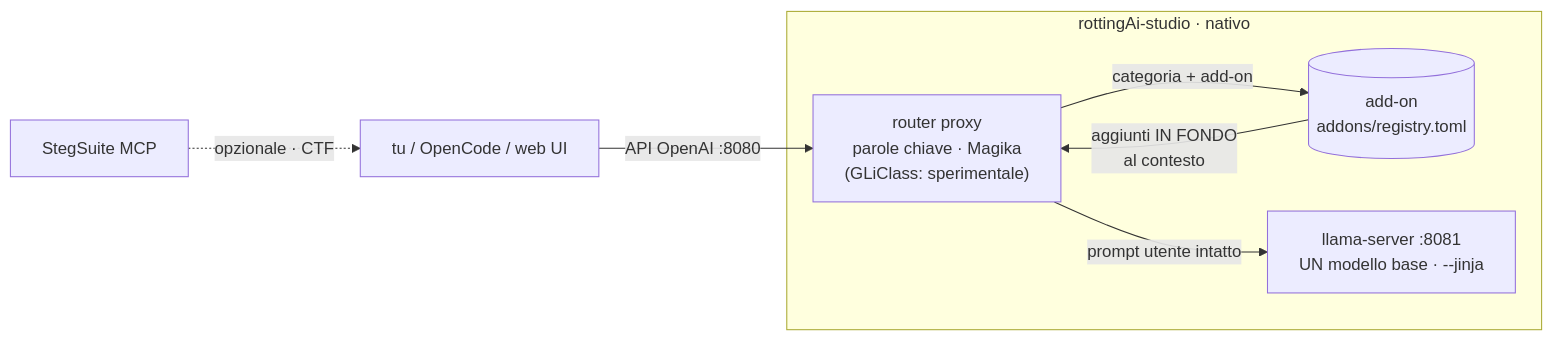
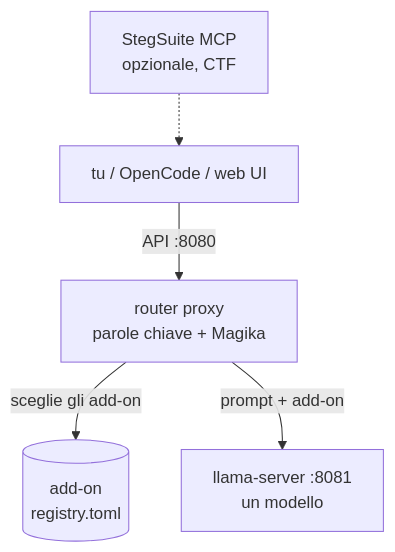
One commit to dexRand/rottingAi-studio changed the diagram in README.it.md. Above: the diagram before and after it, drawn with Mermaid. The commit also changed 1 other file, not shown here.

Commit message:
README: redraw the architecture diagram top-down
The LR version had a back edge (add-ons -> router) and long labels: in the
GitHub viewer the edge labels overlapped, node text was clipped and the
diagram had to be panned. A TB split (router -> add-ons, router -> llama-server)
is 360px wide, so it fits the card and the labels stay readable.

````diff
--- a/README.it.md
+++ b/README.it.md
@@ -37,14 +37,7 @@
 ```mermaid
-flowchart LR
-    subgraph Core["rottingAi-studio · nativo"]
-        R["router proxy<br/>parole chiave · Magika<br/>(GLiClass: sperimentale)"]
-        A[("add-on<br/>addons/registry.toml")]
-        LS["llama-server :8081<br/>UN modello base · --jinja"]
-    end
-
-    U["tu / OpenCode / web UI"] -->|"API OpenAI :8080"| R
-    R -->|"categoria + add-on"| A
-    A -->|"aggiunti IN FONDO<br/>al contesto"| R
-    R -->|"prompt utente intatto"| LS
-    MCP["StegSuite MCP"] -. "opzionale · CTF" .-> U
+flowchart TB
+    MCP["StegSuite MCP<br/>opzionale, CTF"] -.-> U
+    U["tu / OpenCode / web UI"] -->|"API :8080"| R["router proxy<br/>parole chiave + Magika"]
+    R -->|"sceglie gli add-on"| A[("add-on<br/>registry.toml")]
+    R -->|"prompt + add-on"| L["llama-server :8081<br/>un modello"]
 ```
````
